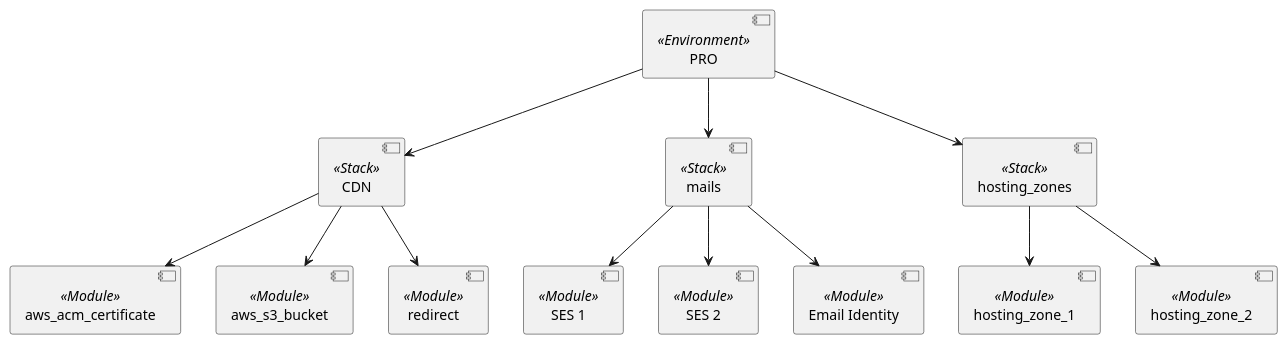
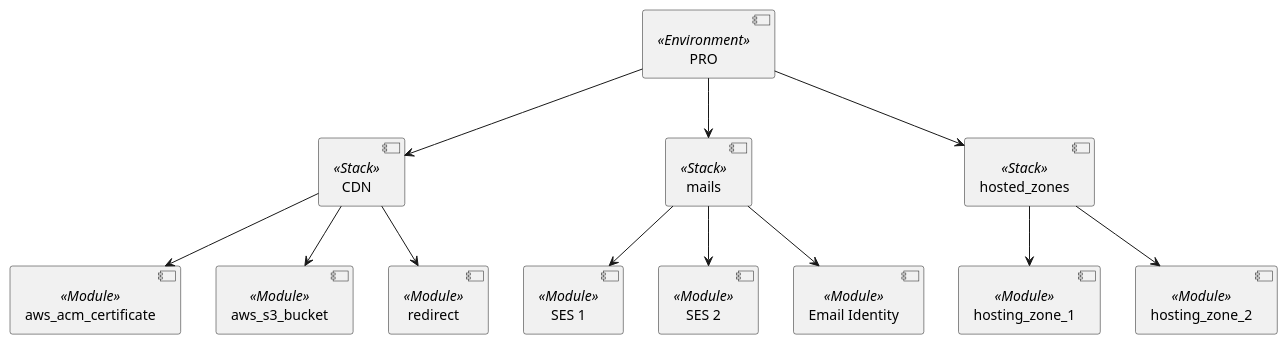
The diagram in diagrams/terraform-structure.puml (copotrzebne-pl/infrastructure), drawn with PlantUML before and after one commit. The commit also changed 32 other files, not shown here.

```diff
--- a/diagrams/terraform-structure.puml
+++ b/diagrams/terraform-structure.puml
@@ -1,30 +1,30 @@
 @startuml
 
 component [PRO] <<Environment>> as pro
 
 component [CDN] <<Stack>> as cdn
 component [mails] <<Stack>> as mails
-component [hosting_zones] <<Stack>> as dns
+component [hosted_zones] <<Stack>> as dns
 
 component [aws_acm_certificate] <<Module>> as cert
 component [aws_s3_bucket] <<Module>> as s3
 component [redirect] <<Module>> as redirect
 component [SES 1] <<Module>> as ses1
 component [SES 2] <<Module>> as ses2
 component [Email Identity] <<Module>> as email
 component [hosting_zone_1] <<Module>> as zone1
 component [hosting_zone_2] <<Module>> as zone2
 
 pro --> cdn
 cdn --> cert
 cdn --> s3
 cdn --> redirect
 pro --> dns
 dns --> zone1
 dns --> zone2
 
 pro --> mails
 mails --> ses1
 mails --> ses2
 mails --> email
 @enduml
```
